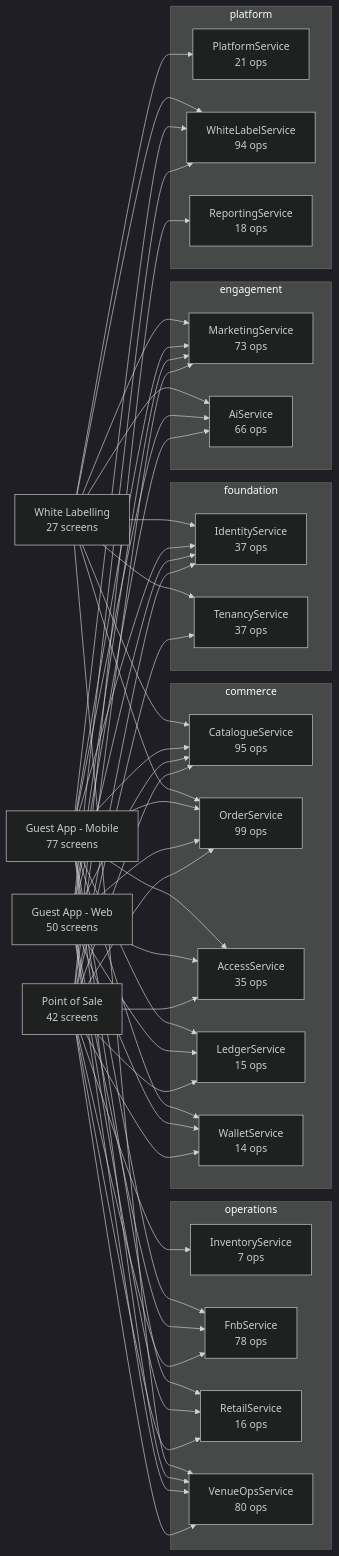
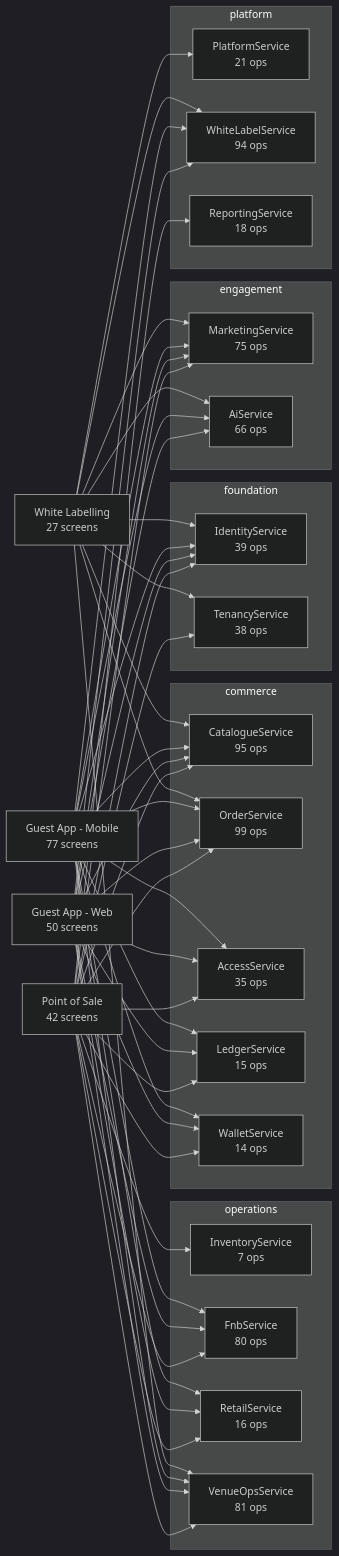
The diagram in ticvai/repos/ticvai-contracts/project-bible/handoff/service-docs/README.md (Diretide298/Solution_Architecture), drawn with Mermaid (dark theme) before and after one commit. The commit also changed other lines of this file and 3753 other files, not shown here.

````diff
--- a/ticvai/repos/ticvai-contracts/project-bible/handoff/service-docs/README.md
+++ b/ticvai/repos/ticvai-contracts/project-bible/handoff/service-docs/README.md
@@ -9,79 +9,79 @@
 ```mermaid
 flowchart LR
   POS["Point of Sale<br/>42 screens"]
   WEB["Guest App - Web<br/>50 screens"]
   MOB["Guest App - Mobile<br/>77 screens"]
   WL["White Labelling<br/>27 screens"]
   subgraph foundation
-    IdentityService["IdentityService<br/>37 ops"]
-    TenancyService["TenancyService<br/>37 ops"]
+    IdentityService["IdentityService<br/>39 ops"]
+    TenancyService["TenancyService<br/>38 ops"]
   end
   subgraph commerce
     CatalogueService["CatalogueService<br/>95 ops"]
     OrderService["OrderService<br/>99 ops"]
     AccessService["AccessService<br/>35 ops"]
     LedgerService["LedgerService<br/>15 ops"]
     WalletService["WalletService<br/>14 ops"]
   end
   subgraph operations
     InventoryService["InventoryService<br/>7 ops"]
-    FnbService["FnbService<br/>78 ops"]
+    FnbService["FnbService<br/>80 ops"]
     RetailService["RetailService<br/>16 ops"]
-    VenueOpsService["VenueOpsService<br/>80 ops"]
+    VenueOpsService["VenueOpsService<br/>81 ops"]
   end
   subgraph engagement
-    MarketingService["MarketingService<br/>73 ops"]
+    MarketingService["MarketingService<br/>75 ops"]
     AiService["AiService<br/>66 ops"]
   end
   subgraph platform
     PlatformService["PlatformService<br/>21 ops"]
     WhiteLabelService["WhiteLabelService<br/>94 ops"]
     ReportingService["ReportingService<br/>18 ops"]
   end
   POS --> OrderService
   WEB --> OrderService
   MOB --> OrderService
   WL --> OrderService
   POS --> FnbService
   WEB --> FnbService
   MOB --> FnbService
   POS --> AccessService
   WEB --> AccessService
   MOB --> AccessService
   WL --> PlatformService
   POS --> MarketingService
   WEB --> MarketingService
   MOB --> MarketingService
   WL --> MarketingService
   POS --> CatalogueService
   WEB --> CatalogueService
   MOB --> CatalogueService
   WL --> CatalogueService
   POS --> VenueOpsService
   WEB --> VenueOpsService
   MOB --> VenueOpsService
   WL --> VenueOpsService
   POS --> TenancyService
   WL --> TenancyService
   POS --> ReportingService
   WEB --> WhiteLabelService
   MOB --> WhiteLabelService
   WL --> WhiteLabelService
   POS --> InventoryService
   POS --> IdentityService
   WEB --> IdentityService
   MOB --> IdentityService
   WL --> IdentityService
   POS --> RetailService
   WEB --> RetailService
   MOB --> RetailService
   WEB --> AiService
   MOB --> AiService
   WL --> AiService
   POS --> WalletService
   WEB --> WalletService
   MOB --> WalletService
   POS --> LedgerService
   WEB --> LedgerService
   MOB --> LedgerService
 ```
````
